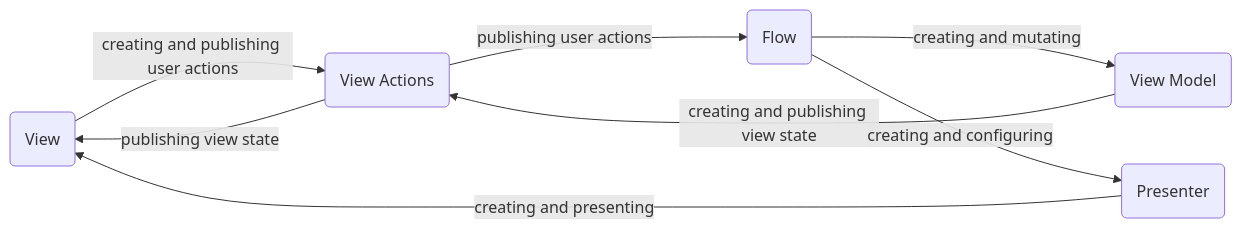
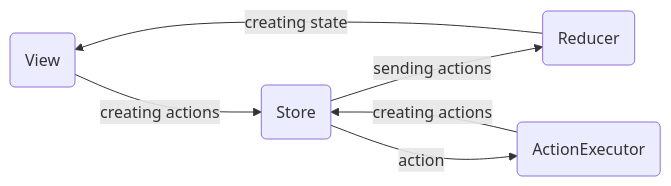
The third of 3 diagrams in README.md (rzmn/verni), drawn with Mermaid before and after one commit. The commit also changed other lines of this file and 27 other files, not shown here.

````diff
--- a/README.md
+++ b/README.md
@@ -176,10 +140,10 @@
 ```mermaid
 graph LR
-    View(View) -- creating and publishing user actions --> ViewActions(View Actions)
-    ViewActions(ViewActions) -- publishing user actions --> Flow(Flow)
-    ViewModel(View Model) -- creating and publishing view state --> ViewActions(View Actions)
-    ViewActions(View Actions) -- publishing view state --> View(View)
-    Flow(Flow) -- creating and mutating --> ViewModel(View Model)
-    Flow(Flow) -- creating and configuring --> Presenter(Presenter)
-    Presenter(Presenter) -- creating and presenting --> View(View)
+    View(View) -- creating actions --> Store(Store)
+    Store(Store) -- sending actions --> Reducer(Reducer)
+    Store(Store) -- action --> ActionExecutor(ActionExecutor)
+    ActionExecutor(ActionExecutor) -- creating actions --> Store(Store)
+    Reducer(Reducer) -- creating state --> View(View)
+    
+
 ```
````
